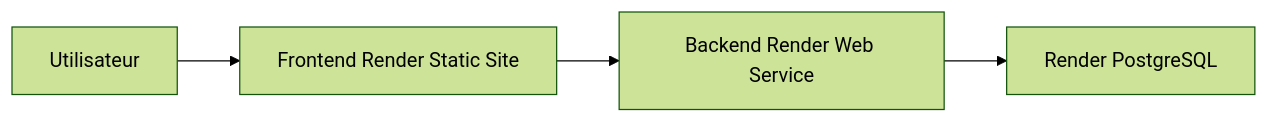
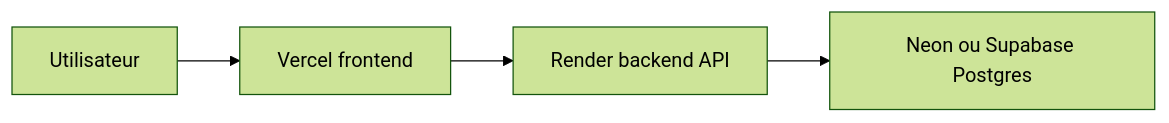
The diagram in docs/deployment.md (Seypherr/FilRougeAbonnement), drawn with Mermaid (forest theme) before and after one commit. The commit also changed other lines of this file and 3 other files, not shown here.

Commit message:
Split free preprod across Vercel Render and external Postgres

````diff
--- a/docs/deployment.md
+++ b/docs/deployment.md
@@ -18,6 +16,6 @@
 ```mermaid
 flowchart LR
-  User["Utilisateur"] --> Frontend["Frontend Render Static Site"]
-  Frontend --> Api["Backend Render Web Service"]
-  Api --> Db["Render PostgreSQL"]
+  User["Utilisateur"] --> Frontend["Vercel frontend"]
+  Frontend --> Api["Render backend API"]
+  Api --> Db["Neon ou Supabase Postgres"]
 ```
````
